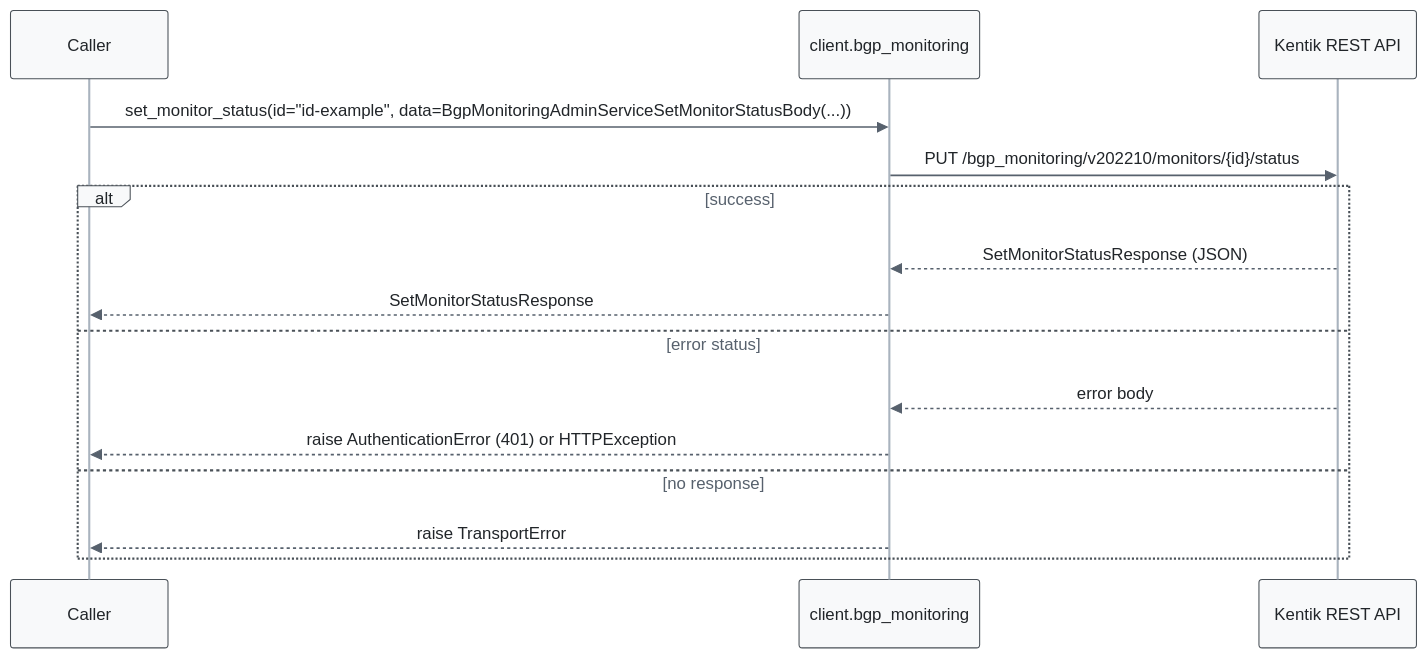
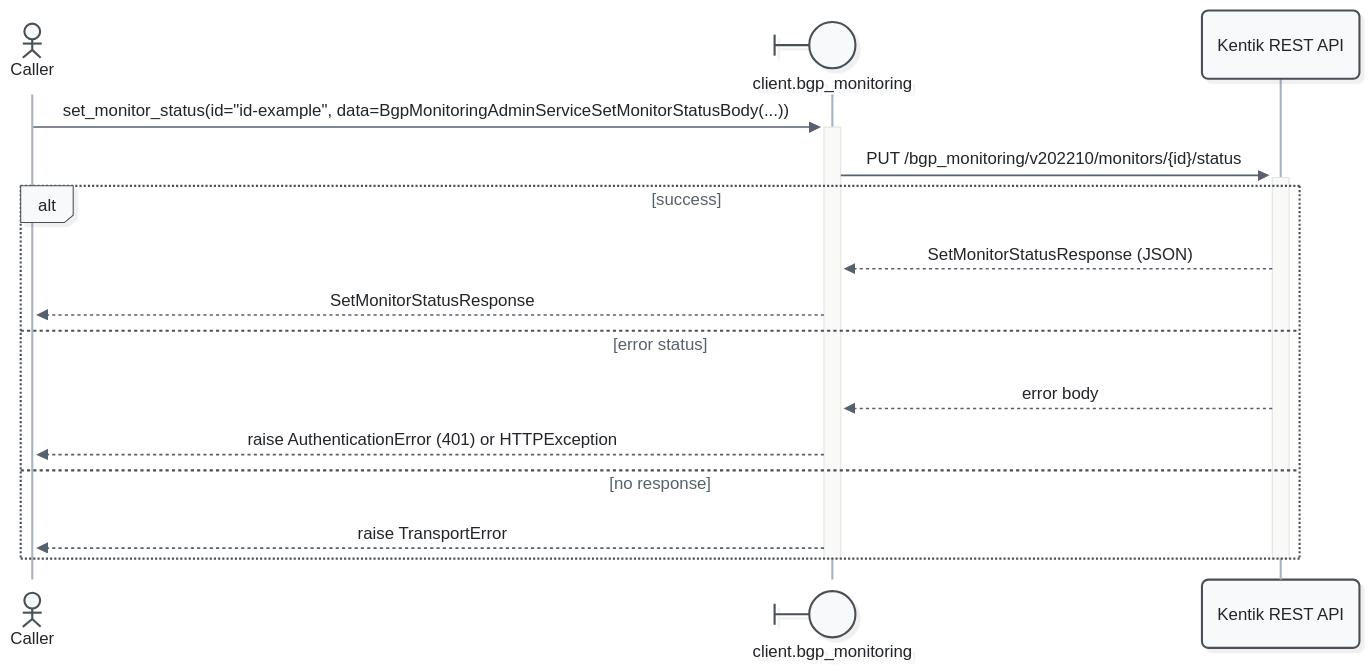
Before and after one commit to alexdearaujo/community_sdk_python: diagram 15 of 17 in docs/sphinx/services/bgp_monitoring.md, drawn with Mermaid. The commit also changed other lines of this file and 52 other files, not shown here.

First line of the commit message:
docs: Mermaid 12 sequence diagrams with participant types and path colors

````diff
--- a/docs/sphinx/services/bgp_monitoring.md
+++ b/docs/sphinx/services/bgp_monitoring.md
@@ -581,19 +616,21 @@
 ```mermaid
-%%{init: {"theme": "base", "fontFamily": "ui-monospace, SFMono-Regular, Menlo, monospace", "themeVariables": {"fontFamily": "ui-monospace, SFMono-Regular, Menlo, monospace", "primaryColor": "#f8f9fa", "primaryBorderColor": "#495057", "primaryTextColor": "#212529", "textColor": "#212529", "lineColor": "#77818c", "edgeLabelBackground": "#ffffff", "actorBkg": "#f8f9fa", "actorBorder": "#495057", "actorTextColor": "#212529", "actorLineColor": "#a9b3be", "signalColor": "#57616d", "signalTextColor": "#212529", "labelBoxBkgColor": "#f8f9fa", "labelBoxBorderColor": "#495057", "labelTextColor": "#212529", "loopTextColor": "#57616d", "noteBkgColor": "#fff9db", "noteBorderColor": "#f08c00", "noteTextColor": "#a35a00"}, "flowchart": {"curve": "step", "nodeSpacing": 30, "rankSpacing": 70, "wrappingWidth": 400}}}%%
+%%{init: {"theme": "redux", "look": "neo", "layout": "dagre", "fontFamily": "ui-monospace, SFMono-Regular, Menlo, monospace", "themeVariables": {"fontFamily": "ui-monospace, SFMono-Regular, Menlo, monospace", "primaryColor": "#f8f9fa", "primaryBorderColor": "#495057", "primaryTextColor": "#212529", "textColor": "#212529", "lineColor": "#77818c", "edgeLabelBackground": "#ffffff", "actorBkg": "#f8f9fa", "actorBorder": "#495057", "actorTextColor": "#212529", "actorLineColor": "#a9b3be", "signalColor": "#57616d", "signalTextColor": "#212529", "labelBoxBkgColor": "#f8f9fa", "labelBoxBorderColor": "#495057", "labelTextColor": "#212529", "loopTextColor": "#57616d", "noteBkgColor": "#fff9db", "noteBorderColor": "#f08c00", "noteTextColor": "#a35a00"}, "sequence": {"activationWidth": 16}, "flowchart": {"curve": "step", "nodeSpacing": 30, "rankSpacing": 70, "wrappingWidth": 400}}}%%
 sequenceDiagram
-    participant C as Caller
-    participant W as client.bgp_monitoring
+    actor C as Caller
+    participant W@{ "type": "boundary" } as client.bgp_monitoring
     participant API as Kentik REST API
 
-    C->>W: set_monitor_status(id="id-example", data=BgpMonitoringAdminServiceSetMonitorStatusBody(...))
-    W->>API: PUT /bgp_monitoring/v202210/monitors/{id}/status
+    C->>+W: set_monitor_status(id="id-example", data=BgpMonitoringAdminServiceSetMonitorStatusBody(...))
+    W->>+API: PUT /bgp_monitoring/v202210/monitors/{id}/status
     alt success
         API-->>W: SetMonitorStatusResponse (JSON)
         W-->>C: SetMonitorStatusResponse
     else error status
         API-->>W: error body
         W-->>C: raise AuthenticationError (401) or HTTPException
     else no response
         W-->>C: raise TransportError
     end
+    deactivate API
+    deactivate W
 ```
````
